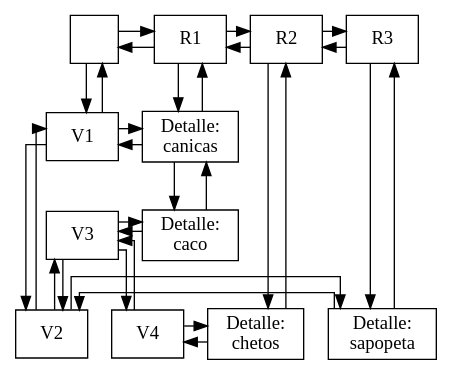
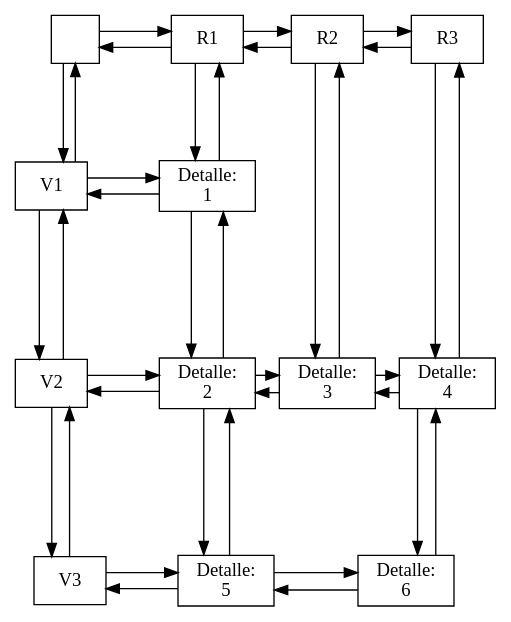
Before and after one commit to Farot30/-EDD-1S2025_202307820: the diagram in Fase#1/Graficas/MatrizDispersa.dot, drawn with Graphviz. The commit also changed 26 other files, not shown here.

```diff
--- a/Fase#1/Graficas/MatrizDispersa.dot
+++ b/Fase#1/Graficas/MatrizDispersa.dot
@@ -1,52 +1,58 @@
 digraph G {
 node [shape=box];
 rankdir=TB;
 splines=ortho;
 node0 [label="", width=0.5, height=0.5, shape=box];
 { rank=same; node0; nodeC1; nodeC2; nodeC3; }
 nodeC1 [label="R1"];
 nodeC2 [label="R2"];
 nodeC3 [label="R3"];
-node0 -> nodeC1 ;
-nodeC1 -> node0 ;
-nodeC1 -> nodeC2 ;
-nodeC2 -> nodeC1 ;
-nodeC2 -> nodeC3 ;
-nodeC3 -> nodeC2 ;
+node0:e -> nodeC1:w [minlen=3];
+nodeC1:w -> node0:e [minlen=3];
+nodeC1 -> nodeC2 [minlen=2];
+nodeC2 -> nodeC1 [minlen=2];
+nodeC2 -> nodeC3 [minlen=2];
+nodeC3 -> nodeC2 [minlen=2];
 nodeF1 [label="V1"];
 { rank=same; nodeF1; nodeF1_C1; }
-nodeF1_C1 [label="Detalle:\ncanicas"];
+nodeF1_C1 [label="Detalle:\n1"];
 nodeF2 [label="V2"];
-nodeF1 -> nodeF2;
-nodeF2 -> nodeF1 ;
-{ rank=same; nodeF2; nodeF2_C3; }
-nodeF2_C3 [label="Detalle:\nsapopeta"];
+nodeF1:s -> nodeF2:n [minlen=2];
+nodeF2:n -> nodeF1:s [minlen=2];
+{ rank=same; nodeF2; nodeF2_C1; nodeF2_C2; nodeF2_C3; }
+nodeF2_C1 [label="Detalle:\n2"];
+nodeF2_C2 [label="Detalle:\n3"];
+nodeF2_C3 [label="Detalle:\n4"];
 nodeF3 [label="V3"];
-nodeF2 -> nodeF3;
-nodeF3 -> nodeF2 ;
-{ rank=same; nodeF3; nodeF3_C1; }
-nodeF3_C1 [label="Detalle:\ncaco"];
-nodeF4 [label="V4"];
-nodeF3 -> nodeF4;
-nodeF4 -> nodeF3 ;
-{ rank=same; nodeF4; nodeF4_C2; }
-nodeF4_C2 [label="Detalle:\nchetos"];
-node0 -> nodeF1 ;
-nodeF1 -> node0 ;
-nodeF1 -> nodeF1_C1 ;
-nodeF1_C1 -> nodeF1 ;
-nodeF2 -> nodeF2_C3 ;
-nodeF2_C3 -> nodeF2 ;
-nodeF3 -> nodeF3_C1 ;
-nodeF3_C1 -> nodeF3 ;
-nodeF4 -> nodeF4_C2 ;
-nodeF4_C2 -> nodeF4 ;
-nodeC1 -> nodeF1_C1 ;
-nodeF1_C1 -> nodeC1 ;
-nodeF1_C1 -> nodeF3_C1 ;
-nodeF3_C1 -> nodeF1_C1 ;
-nodeC2 -> nodeF4_C2 ;
-nodeF4_C2 -> nodeC2 ;
-nodeC3 -> nodeF2_C3 ;
-nodeF2_C3 -> nodeC3 ;
+nodeF2:s -> nodeF3:n [minlen=2];
+nodeF3:n -> nodeF2:s [minlen=2];
+{ rank=same; nodeF3; nodeF3_C1; nodeF3_C3; }
+nodeF3_C1 [label="Detalle:\n5"];
+nodeF3_C3 [label="Detalle:\n6"];
+node0:s -> nodeF1:n [minlen=2];
+nodeF1:n -> node0:s [minlen=2];
+nodeF1:e -> nodeF1_C1:w [minlen=3];
+nodeF1_C1:w -> nodeF1:e [minlen=3];
+nodeF2:e -> nodeF2_C1:w [minlen=3];
+nodeF2_C1:w -> nodeF2:e [minlen=3];
+nodeF2_C1 -> nodeF2_C2 ;
+nodeF2_C2 -> nodeF2_C1 ;
+nodeF2_C2 -> nodeF2_C3 ;
+nodeF2_C3 -> nodeF2_C2 ;
+nodeF3:e -> nodeF3_C1:w [minlen=3];
+nodeF3_C1:w -> nodeF3:e [minlen=3];
+nodeF3_C1 -> nodeF3_C3 ;
+nodeF3_C3 -> nodeF3_C1 ;
+nodeC1 -> nodeF1_C1 [minlen=2];
+nodeF1_C1 -> nodeC1 [minlen=2];
+nodeF1_C1 -> nodeF2_C1[minlen=3]
+nodeF2_C1 -> nodeF1_C1[minlen=3];
+nodeF2_C1 -> nodeF3_C1[minlen=3]
+nodeF3_C1 -> nodeF2_C1[minlen=3];
+nodeC2 -> nodeF2_C2 [minlen=2];
+nodeF2_C2 -> nodeC2 [minlen=2];
+nodeC3 -> nodeF2_C3 [minlen=2];
+nodeF2_C3 -> nodeC3 [minlen=2];
+nodeF2_C3 -> nodeF3_C3[minlen=3]
+nodeF3_C3 -> nodeF2_C3[minlen=3];
 }
```
